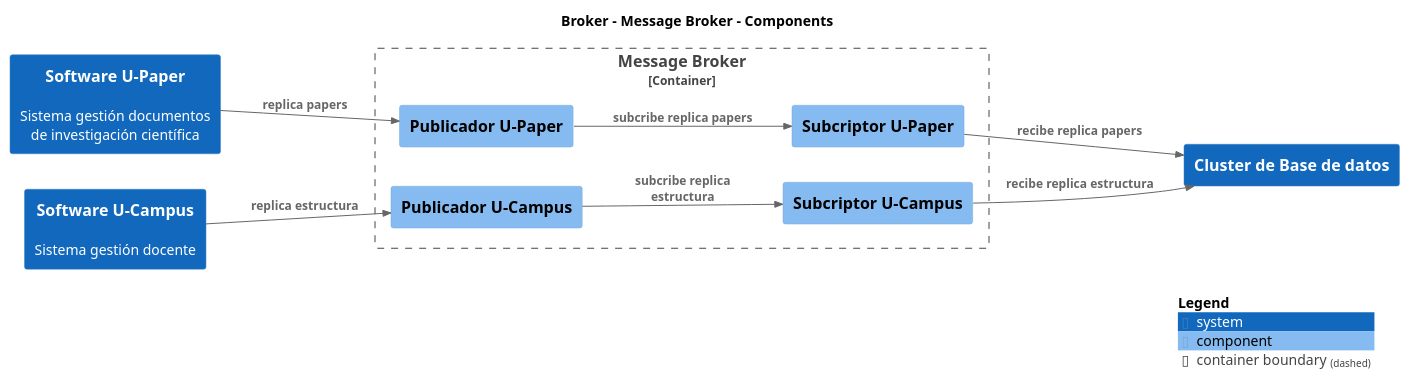
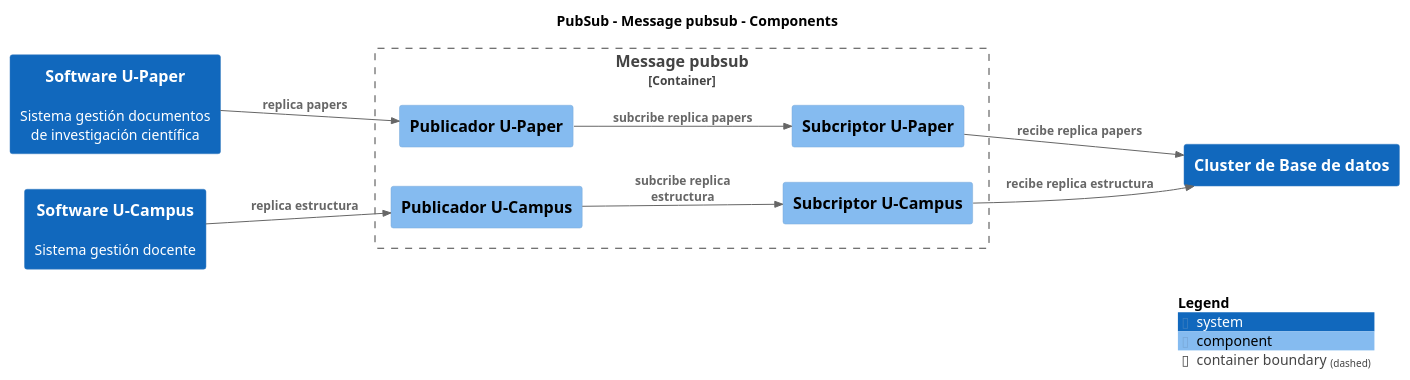
One commit to nbrx/c4-dcc-arq changed the diagram in build/serve/puml/Component-002-Component-002.puml. Above: the diagram before and after it, drawn with PlantUML. The commit also changed 160 other files, not shown here.

```diff
--- a/build/serve/puml/Component-002-Component-002.puml
+++ b/build/serve/puml/Component-002-Component-002.puml
@@ -1,32 +1,32 @@
 @startuml
 set separator none
-title Broker - Message Broker - Components
+title PubSub - Message pubsub - Components
 
 left to right direction
 
 !include <C4/C4>
 !include <C4/C4_Context>
 !include <C4/C4_Component>
 
 skinparam svgDimensionStyle false
 skinparam preserveAspectRatio meet
 System(SoftwareUPaper, "Software U-Paper", "Sistema gestión documentos de investigación científica", $tags="")[[../../software-u-paper/context/]]
 System(SoftwareUCampus, "Software U-Campus", "Sistema gestión docente", $tags="")[[../../software-u-campus/context/]]
 System(ClusterdeBasededatos, "Cluster de Base de datos", "", $tags="")[[../../cluster-de-base-de-datos/context/]]
 
-Container_Boundary("Broker.MessageBroker_boundary", "Message Broker", $tags="") {
-  Component(Broker.MessageBroker.PublicadorUPaper, "Publicador U-Paper", "", $tags="")
-  Component(Broker.MessageBroker.SubcriptorUCampus, "Subcriptor U-Campus", "", $tags="")
-  Component(Broker.MessageBroker.SubcriptorUPaper, "Subcriptor U-Paper", "", $tags="")
-  Component(Broker.MessageBroker.PublicadorUCampus, "Publicador U-Campus", "", $tags="")
+Container_Boundary("PubSub.Messagepubsub_boundary", "Message pubsub", $tags="") {
+  Component(PubSub.Messagepubsub.PublicadorUPaper, "Publicador U-Paper", "", $tags="")
+  Component(PubSub.Messagepubsub.SubcriptorUCampus, "Subcriptor U-Campus", "", $tags="")
+  Component(PubSub.Messagepubsub.SubcriptorUPaper, "Subcriptor U-Paper", "", $tags="")
+  Component(PubSub.Messagepubsub.PublicadorUCampus, "Publicador U-Campus", "", $tags="")
 }
 
-Rel_D(Broker.MessageBroker.PublicadorUCampus, Broker.MessageBroker.SubcriptorUCampus, "subcribe replica estructura", $tags="")
-Rel_D(Broker.MessageBroker.SubcriptorUCampus, ClusterdeBasededatos, "recibe replica estructura", $tags="")
-Rel_D(Broker.MessageBroker.PublicadorUPaper, Broker.MessageBroker.SubcriptorUPaper, "subcribe replica papers", $tags="")
-Rel_D(Broker.MessageBroker.SubcriptorUPaper, ClusterdeBasededatos, "recibe replica papers", $tags="")
-Rel_D(SoftwareUCampus, Broker.MessageBroker.PublicadorUCampus, "replica estructura", $tags="")
-Rel_D(SoftwareUPaper, Broker.MessageBroker.PublicadorUPaper, "replica papers", $tags="")
+Rel_D(PubSub.Messagepubsub.PublicadorUCampus, PubSub.Messagepubsub.SubcriptorUCampus, "subcribe replica estructura", $tags="")
+Rel_D(PubSub.Messagepubsub.SubcriptorUCampus, ClusterdeBasededatos, "recibe replica estructura", $tags="")
+Rel_D(PubSub.Messagepubsub.PublicadorUPaper, PubSub.Messagepubsub.SubcriptorUPaper, "subcribe replica papers", $tags="")
+Rel_D(PubSub.Messagepubsub.SubcriptorUPaper, ClusterdeBasededatos, "recibe replica papers", $tags="")
+Rel_D(SoftwareUCampus, PubSub.Messagepubsub.PublicadorUCampus, "replica estructura", $tags="")
+Rel_D(SoftwareUPaper, PubSub.Messagepubsub.PublicadorUPaper, "replica papers", $tags="")
 
 SHOW_LEGEND(true)
 @enduml
```
